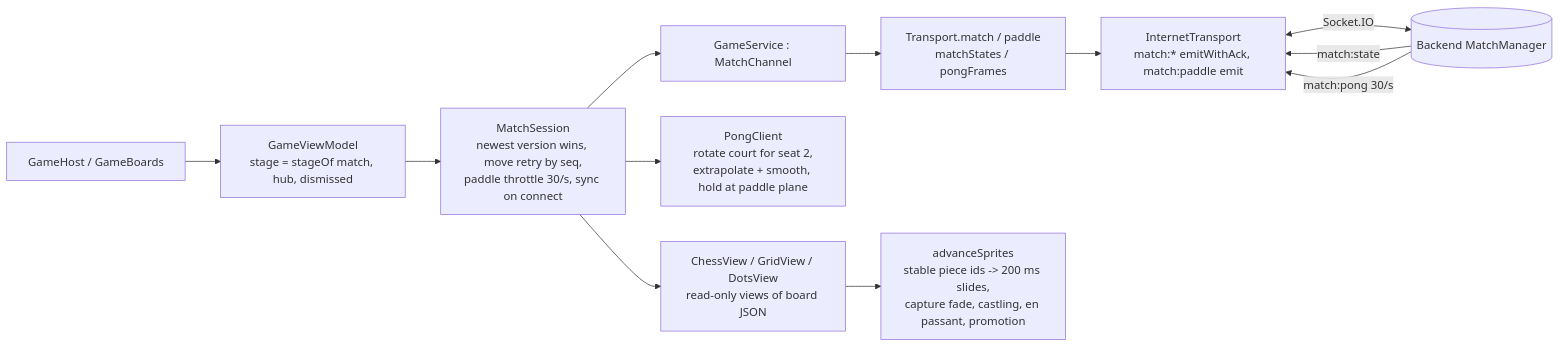
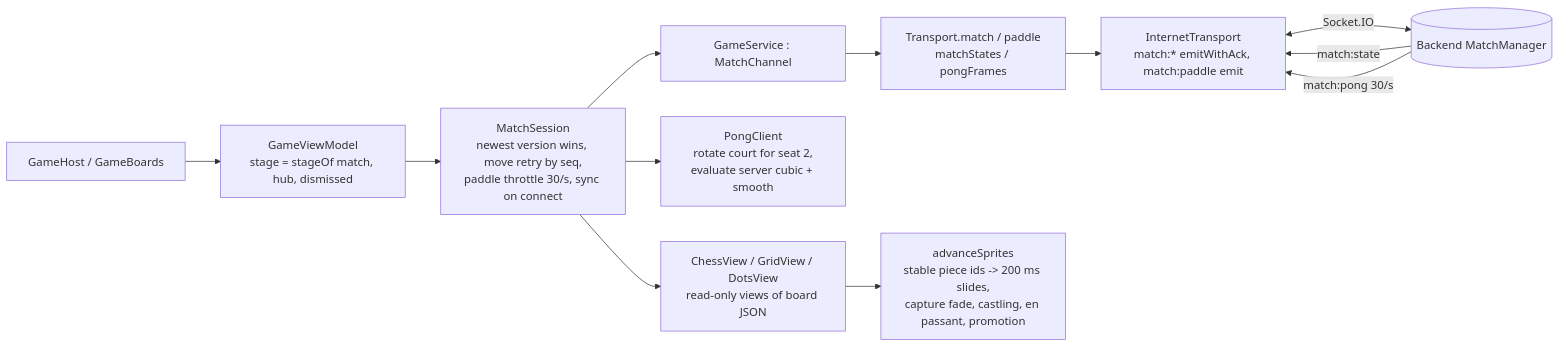
One commit to aarahman04/One-on-One-Android changed diagram 36 of 40 in docs/ARCHITECTURE.md. Above: the diagram before and after it, drawn with Mermaid. The commit also changed other lines of this file and 19 other files, not shown here.

````diff
--- a/docs/ARCHITECTURE.md
+++ b/docs/ARCHITECTURE.md
@@ -956,14 +956,14 @@
 ```mermaid
 flowchart LR
   UI[GameHost / GameBoards] --> VM[GameViewModel<br/>stage = stageOf match, hub, dismissed]
   VM --> MS[MatchSession<br/>newest version wins, move retry by seq,<br/>paddle throttle 30/s, sync on connect]
   MS --> GS[GameService : MatchChannel]
   GS --> T[Transport.match / paddle<br/>matchStates / pongFrames]
   T --> IT[InternetTransport<br/>match:* emitWithAck, match:paddle emit]
   IT <-->|Socket.IO| BE[(Backend MatchManager)]
   BE -->|match:state| IT
   BE -->|match:pong 30/s| IT
-  MS --> PC[PongClient<br/>rotate court for seat 2,<br/>extrapolate + smooth, hold at paddle plane]
+  MS --> PC[PongClient<br/>rotate court for seat 2,<br/>evaluate server cubic + smooth]
   MS --> BV[ChessView / GridView / DotsView<br/>read-only views of board JSON]
   BV --> SP[advanceSprites<br/>stable piece ids -> 200 ms slides,<br/>capture fade, castling, en passant, promotion]
 ```
````
